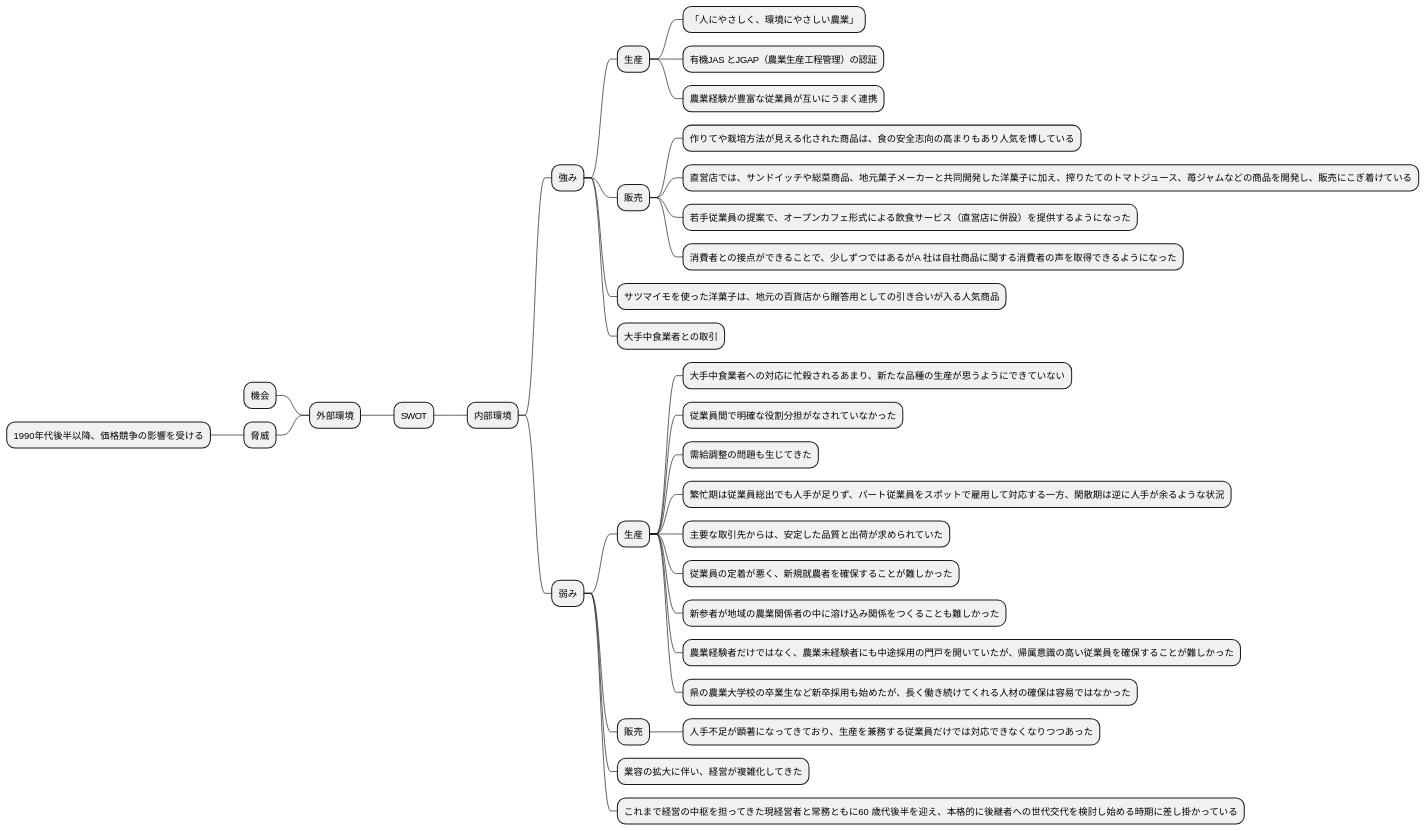
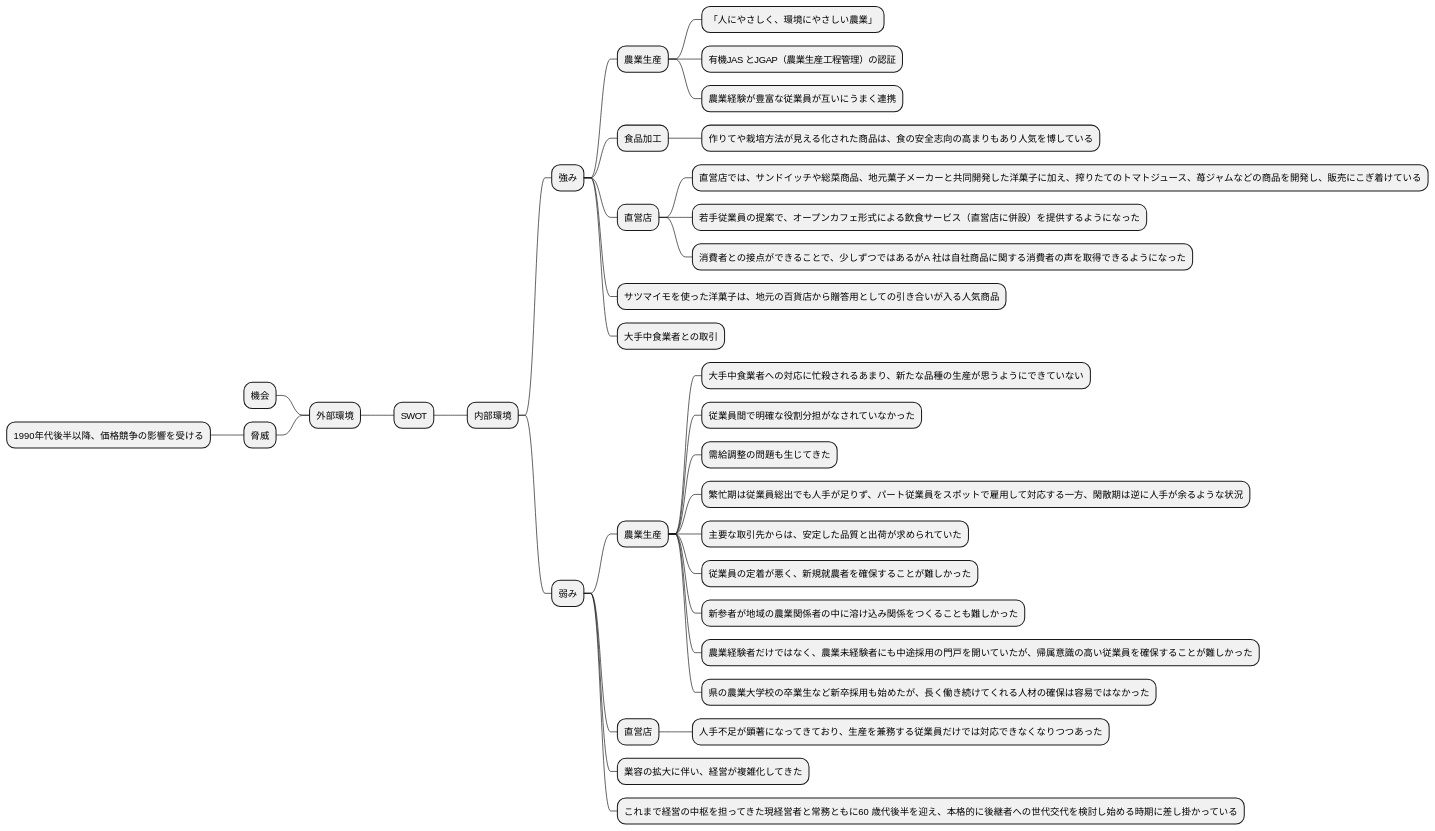
One commit to k2works/case-sutudy-business-analysis changed the third of 15 diagrams in docs/case/r04_case_1.adoc. Above: the diagram before and after it, drawn with PlantUML. The commit also changed other lines of this file, not shown here.

```diff
--- a/docs/case/r04_case_1.adoc
+++ b/docs/case/r04_case_1.adoc
@@ -149,38 +148,39 @@
 [plantuml]
 ----
 @startmindmap
 * SWOT
 -- 外部環境
 --- 機会
 --- 脅威
 ---- 1990年代後半以降、価格競争の影響を受ける
 ** 内部環境
 *** 強み
-**** 生産
+**** 農業生産
 ***** 「人にやさしく、環境にやさしい農業」
 ***** 有機JAS とJGAP（農業生産工程管理）の認証
 ***** 農業経験が豊富な従業員が互いにうまく連携
-**** 販売
+**** 食品加工
 ***** 作りてや栽培方法が見える化された商品は、食の安全志向の高まりもあり人気を博している
+**** 直営店
 ***** 直営店では、サンドイッチや総菜商品、地元菓子メーカーと共同開発した洋菓子に加え、搾りたてのトマトジュース、苺ジャムなどの商品を開発し、販売にこぎ着けている
 ***** 若手従業員の提案で、オープンカフェ形式による飲食サービス（直営店に併設）を提供するようになった
 ***** 消費者との接点ができることで、少しずつではあるがA 社は自社商品に関する消費者の声を取得できるようになった
 **** サツマイモを使った洋菓子は、地元の百貨店から贈答用としての引き合いが入る人気商品
 **** 大手中食業者との取引
 *** 弱み
-**** 生産
+**** 農業生産
 ***** 大手中食業者への対応に忙殺されるあまり、新たな品種の生産が思うようにできていない
 ***** 従業員間で明確な役割分担がなされていなかった
 ***** 需給調整の問題も生じてきた
 ***** 繁忙期は従業員総出でも人手が足りず、パート従業員をスポットで雇用して対応する一方、閑散期は逆に人手が余るような状況
 ***** 主要な取引先からは、安定した品質と出荷が求められていた
 ***** 従業員の定着が悪く、新規就農者を確保することが難しかった
 ***** 新参者が地域の農業関係者の中に溶け込み関係をつくることも難しかった
 ***** 農業経験者だけではなく、農業未経験者にも中途採用の門戸を開いていたが、帰属意識の高い従業員を確保することが難しかった
 ***** 県の農業大学校の卒業生など新卒採用も始めたが、長く働き続けてくれる人材の確保は容易ではなかった
-**** 販売
+**** 直営店
 ***** 人手不足が顕著になってきており、生産を兼務する従業員だけでは対応できなくなりつつあった
 **** 業容の拡大に伴い、経営が複雑化してきた
 **** これまで経営の中枢を担ってきた現経営者と常務ともに60 歳代後半を迎え、本格的に後継者への世代交代を検討し始める時期に差し掛かっている
 @endmindmap
 ----
```
